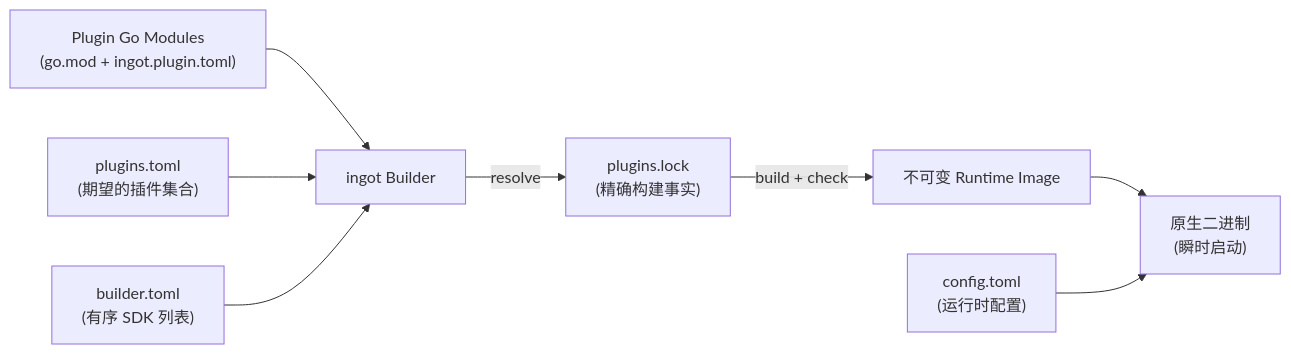
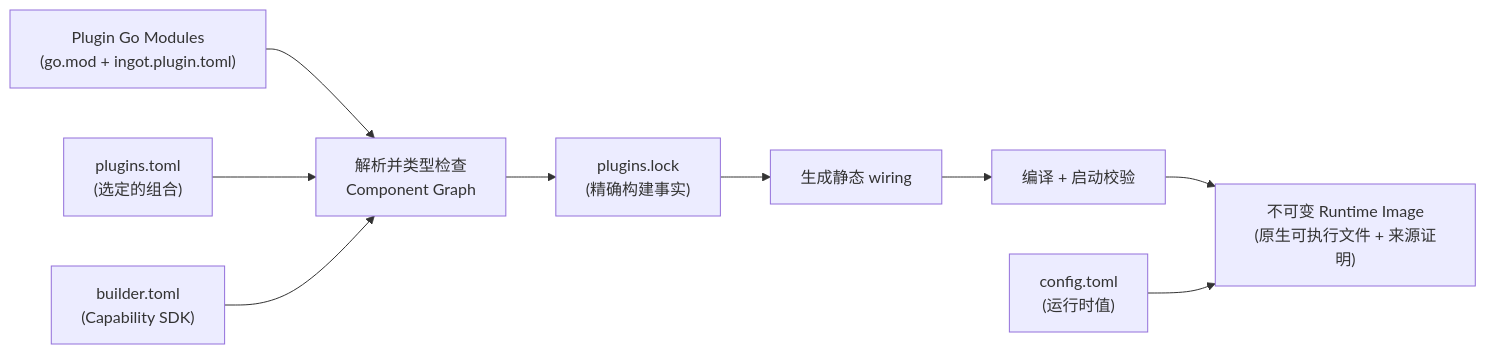
The diagram in docs/README.zh.md (ingot-agent/ingot), drawn with Mermaid before and after one commit. The commit also changed other lines of this file and 4 other files, not shown here.

````diff
--- a/docs/README.zh.md
+++ b/docs/README.zh.md
@@ -13,10 +73,11 @@
 ```mermaid
 flowchart LR
-    Plugins["Plugin Go Modules<br/>(go.mod + ingot.plugin.toml)"] --> Builder["ingot Builder"]
-    Desired["plugins.toml<br/>(期望的插件集合)"] --> Builder
-    BuilderConfig["builder.toml<br/>(有序 SDK 列表)"] --> Builder
-    Builder -->|resolve| Lock["plugins.lock<br/>(精确构建事实)"]
-    Lock -->|build + check| Image["不可变 Runtime Image"]
-    Image --> Runtime["原生二进制<br/>(瞬时启动)"]
-    Config["config.toml<br/>(运行时配置)"] --> Runtime
+    Plugins["Plugin Go Modules<br/>(go.mod + ingot.plugin.toml)"] --> Resolve
+    Desired["plugins.toml<br/>(选定的组合)"] --> Resolve
+    SDKs["builder.toml<br/>(Capability SDK)"] --> Resolve
+    Resolve["解析并类型检查<br/>Component Graph"] --> Lock["plugins.lock<br/>(精确构建事实)"]
+    Lock --> Generate["生成静态 wiring"]
+    Generate --> Compile["编译 + 启动校验"]
+    Compile --> Image["不可变 Runtime Image<br/>(原生可执行文件 + 来源证明)"]
+    Config["config.toml<br/>(运行时值)"] --> Image
 ```
````
